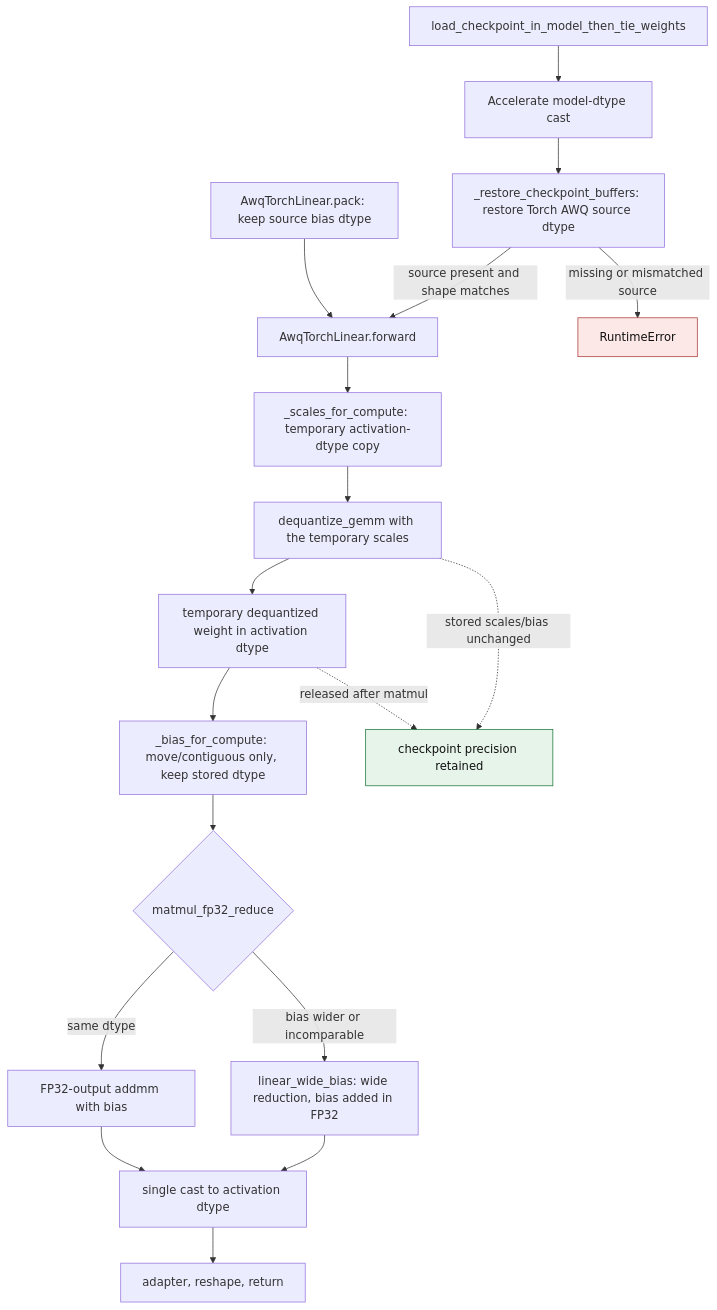
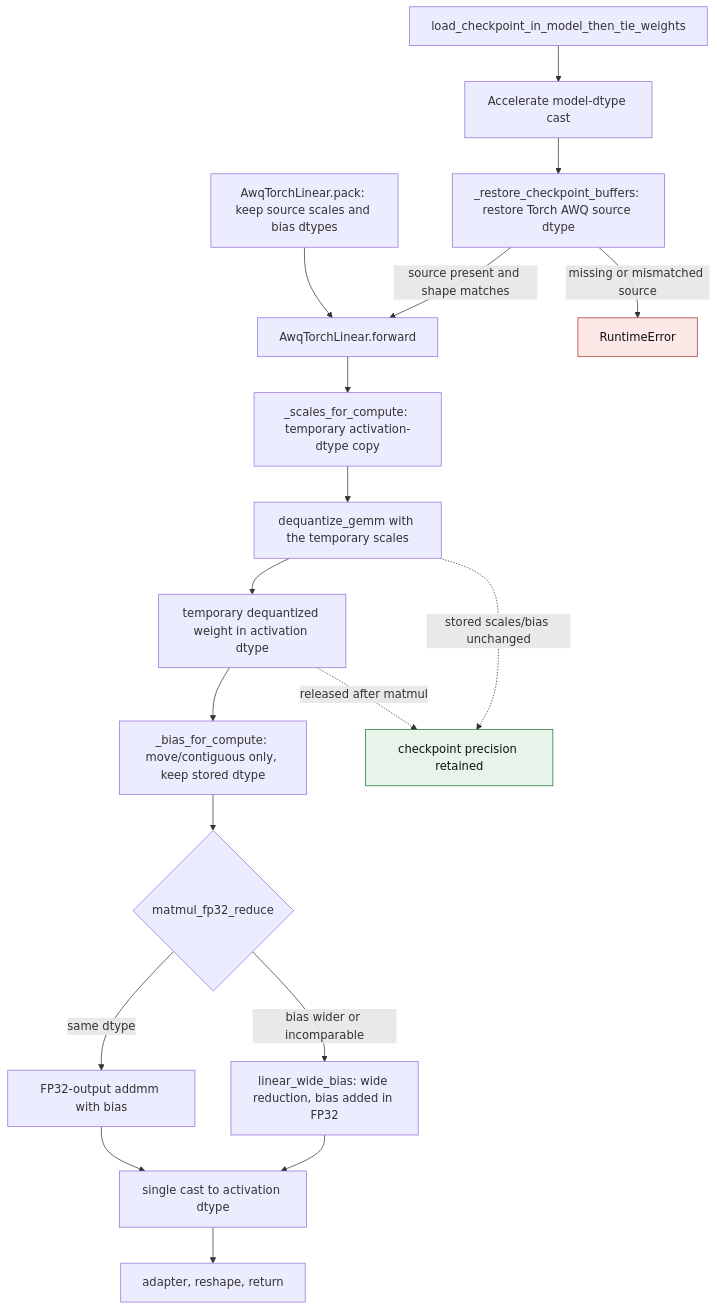
The diagram in docs/awq-runtime-dtype-precision.md (ModelCloud/GPTQModel), drawn with Mermaid before and after one commit. The commit also changed other lines of this file and 2 other files, not shown here.

Commit message:
fix(awq): retain source scale dtype when packing Torch AWQ

````diff
--- a/docs/awq-runtime-dtype-precision.md
+++ b/docs/awq-runtime-dtype-precision.md
@@ -25,24 +25,24 @@
 ```mermaid
 flowchart TD
     L["load_checkpoint_in_model_then_tie_weights"] --> M["Accelerate model-dtype cast"]
     M --> N["_restore_checkpoint_buffers: restore Torch AWQ source dtype"]
     N -- "source present and shape matches" --> A["AwqTorchLinear.forward"]
     N -- "missing or mismatched source" --> X["RuntimeError"]
-    P["AwqTorchLinear.pack: keep source bias dtype"] --> A
+    P["AwqTorchLinear.pack: keep source scales and bias dtypes"] --> A
     A --> B["_scales_for_compute: temporary activation-dtype copy"]
     B --> C["dequantize_gemm with the temporary scales"]
     C --> D["temporary dequantized weight in activation dtype"]
     D --> E["_bias_for_compute: move/contiguous only, keep stored dtype"]
     E --> F{"matmul_fp32_reduce"}
     F -- "bias wider or incomparable" --> G["linear_wide_bias: wide reduction, bias added in FP32"]
     F -- "same dtype" --> H["FP32-output addmm with bias"]
     G --> I["single cast to activation dtype"]
     H --> I
     I --> J["adapter, reshape, return"]
     C -. "stored scales/bias unchanged" .-> K["checkpoint precision retained"]
     D -. "released after matmul" .-> K
     classDef failure fill:#fce8e6,stroke:#a33,color:#111
     classDef stored fill:#e6f4ea,stroke:#137333,color:#111
     class X failure
     class K stored
 ```
````
